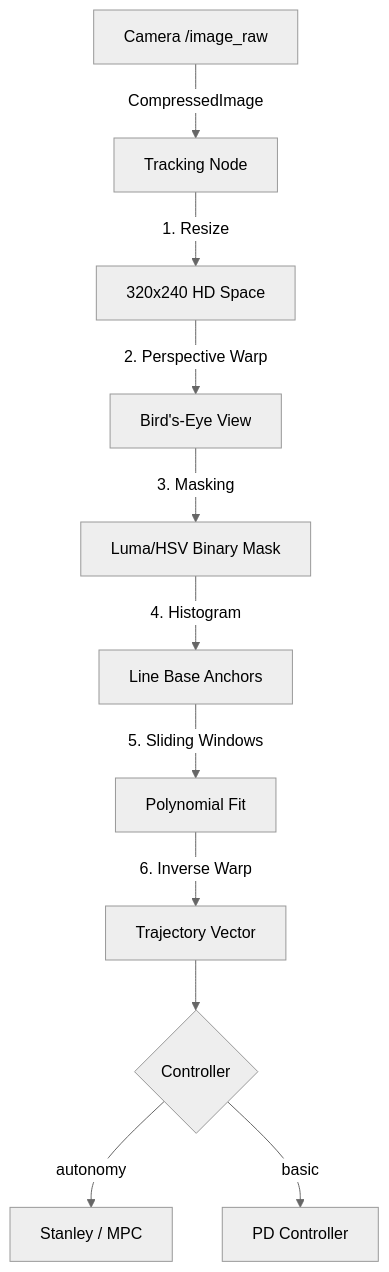
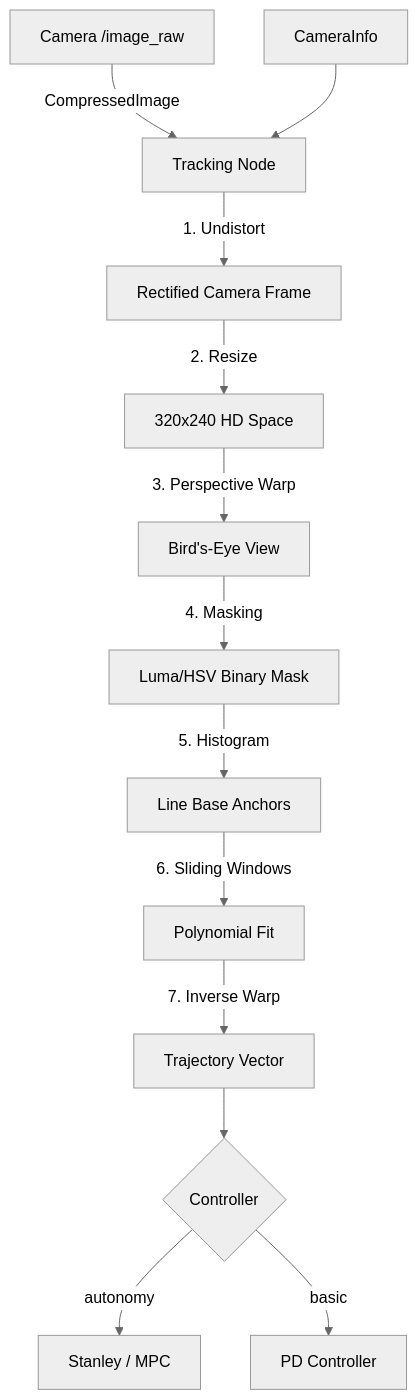
Before and after one commit to CagriCatik/JetRacer: the first of 2 diagrams in docs/04_Perception_Stack.md, drawn with Mermaid (neutral theme). The commit also changed other lines of this file and 81 other files, not shown here.

````diff
--- a/docs/04_Perception_Stack.md
+++ b/docs/04_Perception_Stack.md
@@ -14,13 +14,15 @@
 ```mermaid
 graph TD
     CAM[Camera /image_raw] -->|CompressedImage| CORE[Tracking Node]
-    CORE -->|1. Resize| HD[320x240 HD Space]
-    HD -->|2. Perspective Warp| BEV[Bird's-Eye View]
-    BEV -->|3. Masking| MASK[Luma/HSV Binary Mask]
-    MASK -->|4. Histogram| BASE[Line Base Anchors]
-    BASE -->|5. Sliding Windows| POLY[Polynomial Fit]
-    POLY -->|6. Inverse Warp| WAYP[Trajectory Vector]
+    INFO[CameraInfo] --> CORE
+    CORE -->|1. Undistort| UDT[Rectified Camera Frame]
+    UDT -->|2. Resize| HD[320x240 HD Space]
+    HD -->|3. Perspective Warp| BEV[Bird's-Eye View]
+    BEV -->|4. Masking| MASK[Luma/HSV Binary Mask]
+    MASK -->|5. Histogram| BASE[Line Base Anchors]
+    BASE -->|6. Sliding Windows| POLY[Polynomial Fit]
+    POLY -->|7. Inverse Warp| WAYP[Trajectory Vector]
     WAYP --> SEL{Controller}
     SEL -->|autonomy| AUT[Stanley / MPC]
     SEL -->|basic| PD[PD Controller]
 ```
````
